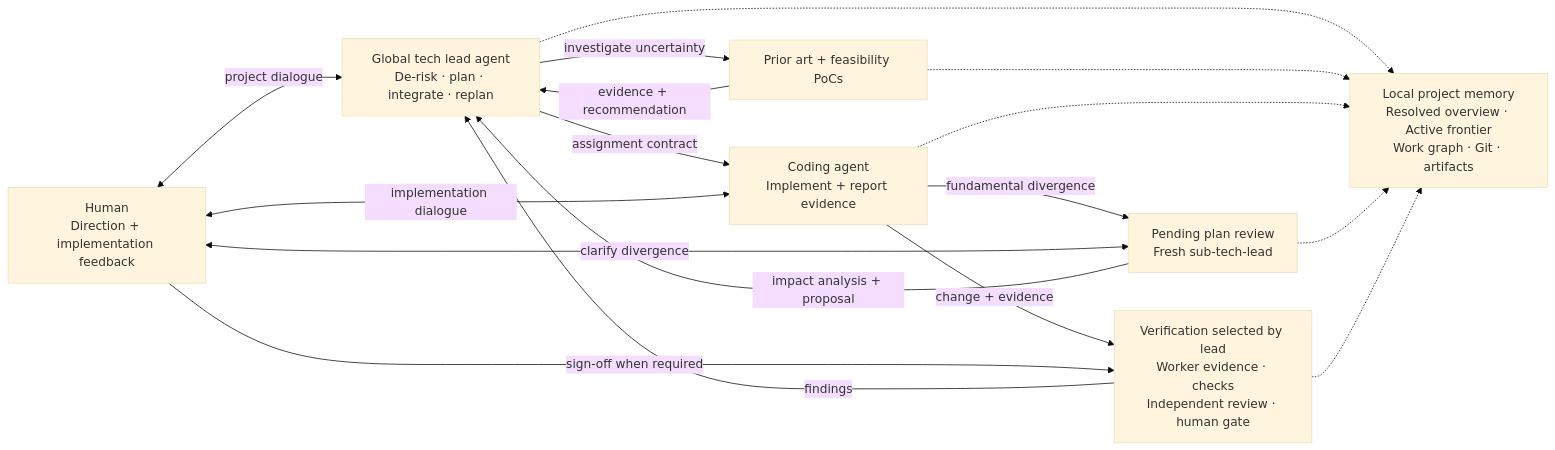
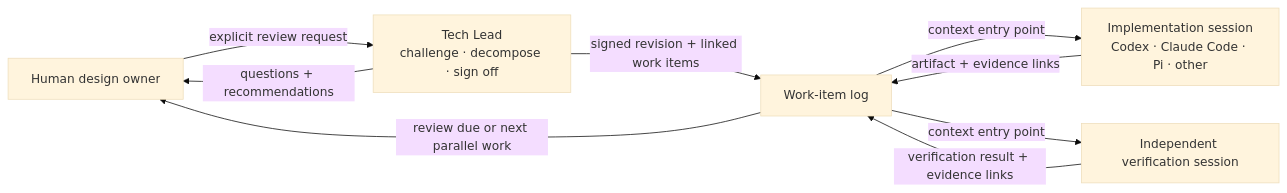
The first of 2 diagrams in .designs/vision.md (AllanZhengYP/techlead), drawn with Mermaid (base theme) before and after one commit. The commit also changed other lines of this file and 124 other files, not shown here.

Commit message:
feat: introduce tech lead protocol 2.0

````diff
--- a/.designs/vision.md
+++ b/.designs/vision.md
@@ -51,19 +67,11 @@
 ```mermaid
 flowchart LR
-    human["Human<br/>Direction + implementation feedback"] <-->|"project dialogue"| lead["Global tech lead agent<br/>De-risk · plan · integrate · replan"]
-    lead -->|"investigate uncertainty"| research["Prior art + feasibility PoCs"]
-    research -->|"evidence + recommendation"| lead
-    lead -->|"assignment contract"| worker["Coding agent<br/>Implement + report evidence"]
-    human <-->|"implementation dialogue"| worker
-    worker -->|"fundamental divergence"| review["Pending plan review<br/>Fresh sub-tech-lead"]
-    review <-->|"clarify divergence"| human
-    review -->|"impact analysis + proposal"| lead
-    worker -->|"change + evidence"| verifier["Verification selected by lead<br/>Worker evidence · checks<br/>Independent review · human gate"]
-    human -->|"sign-off when required"| verifier
-    verifier -->|"findings"| lead
-    lead -.-> memory["Local project memory<br/>Resolved overview · Active frontier<br/>Work graph · Git · artifacts"]
-    research -.-> memory
-    worker -.-> memory
-    review -.-> memory
-    verifier -.-> memory
+    human["Human design owner"] -->|"explicit review request"| lead["Tech Lead<br/>challenge · decompose · sign off"]
+    lead -->|"questions + recommendations"| human
+    lead -->|"signed revision + linked work items"| log["Work-item log"]
+    log -->|"context entry point"| implementer["Implementation session<br/>Codex · Claude Code · Pi · other"]
+    log -->|"context entry point"| verifier["Independent verification session"]
+    implementer -->|"artifact + evidence links"| log
+    verifier -->|"verification result + evidence links"| log
+    log -->|"review due or next parallel work"| human
 ```
````
